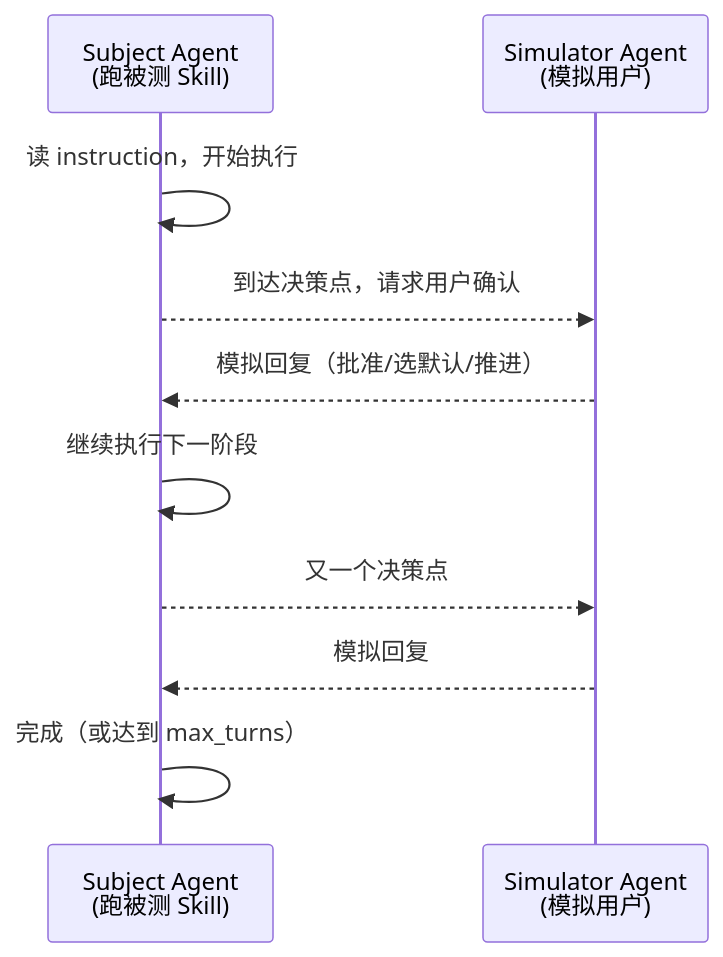
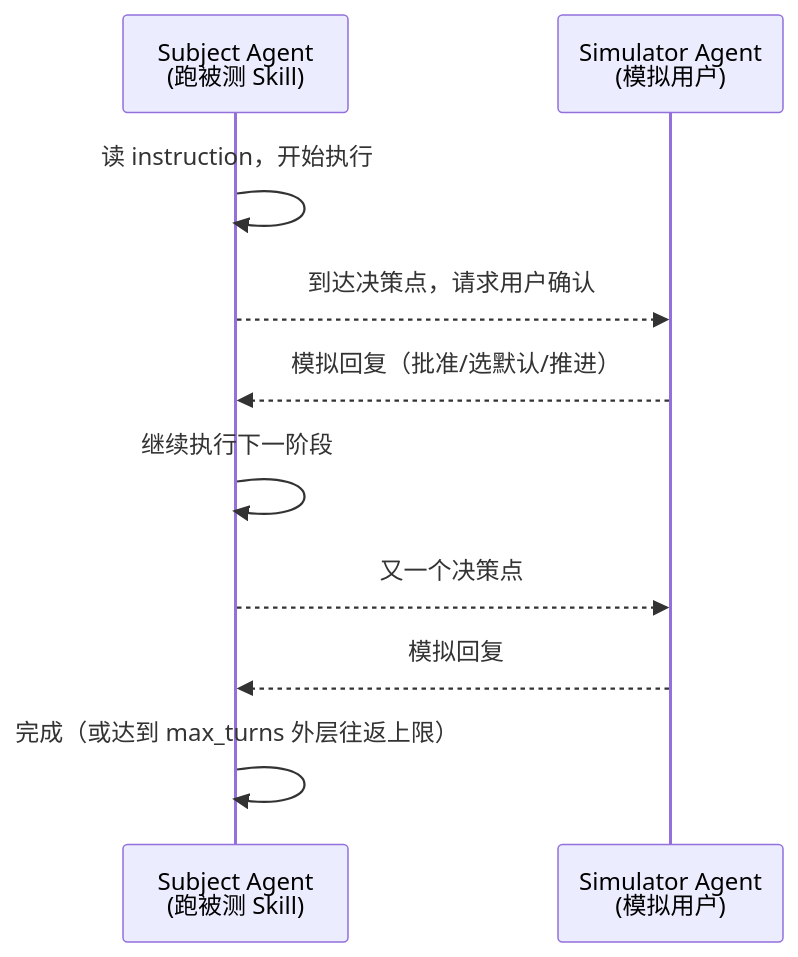
The third of 3 diagrams in zh/eval/configuration.mdx (rpamis/comet-website-docs), drawn with Mermaid before and after one commit. The commit also changed other lines of this file and 23 other files, not shown here.

````diff
--- a/zh/eval/configuration.mdx
+++ b/zh/eval/configuration.mdx
@@ -261,12 +261,12 @@
 ```mermaid
 sequenceDiagram
     participant S as Subject Agent<br/>(跑被测 Skill)
     participant SIM as Simulator Agent<br/>(模拟用户)
     S->>S: 读 instruction，开始执行
     S-->>SIM: 到达决策点，请求用户确认
     SIM-->>S: 模拟回复（批准/选默认/推进）
     S->>S: 继续执行下一阶段
     S-->>SIM: 又一个决策点
     SIM-->>S: 模拟回复
-    S->>S: 完成（或达到 max_turns）
+    S->>S: 完成（或达到 max_turns 外层往返上限）
 ```
````
